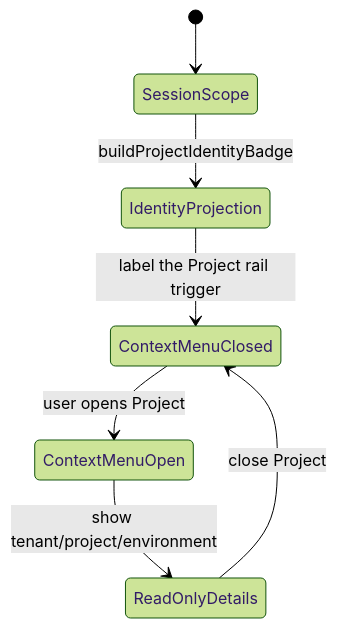
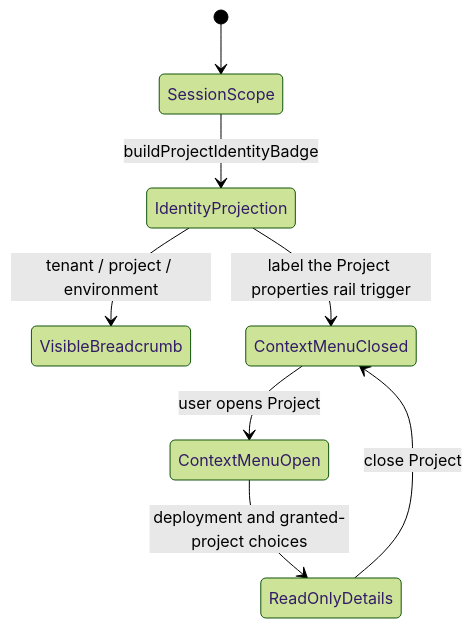
The first of 4 diagrams in docs/architecture/components/web/appshell/shell-workspace-context-component.md (dunay2/dvt), drawn with Mermaid (forest theme) before and after one commit. The commit also changed other lines of this file and 14 other files, not shown here.

Commit message:
refactor(web): Show workspace breadcrumb and consolidate project properties (#3848)

````diff
--- a/docs/architecture/components/web/appshell/shell-workspace-context-component.md
+++ b/docs/architecture/components/web/appshell/shell-workspace-context-component.md
@@ -61,9 +63,10 @@
 ```mermaid
 stateDiagram-v2
   [*] --> SessionScope
   SessionScope --> IdentityProjection: buildProjectIdentityBadge
-  IdentityProjection --> ContextMenuClosed: label the Project rail trigger
+  IdentityProjection --> VisibleBreadcrumb: tenant / project / environment
+  IdentityProjection --> ContextMenuClosed: label the Project properties rail trigger
   ContextMenuClosed --> ContextMenuOpen: user opens Project
-  ContextMenuOpen --> ReadOnlyDetails: show tenant/project/environment
+  ContextMenuOpen --> ReadOnlyDetails: deployment and granted-project choices
   ReadOnlyDetails --> ContextMenuClosed: close Project
 ```
````
